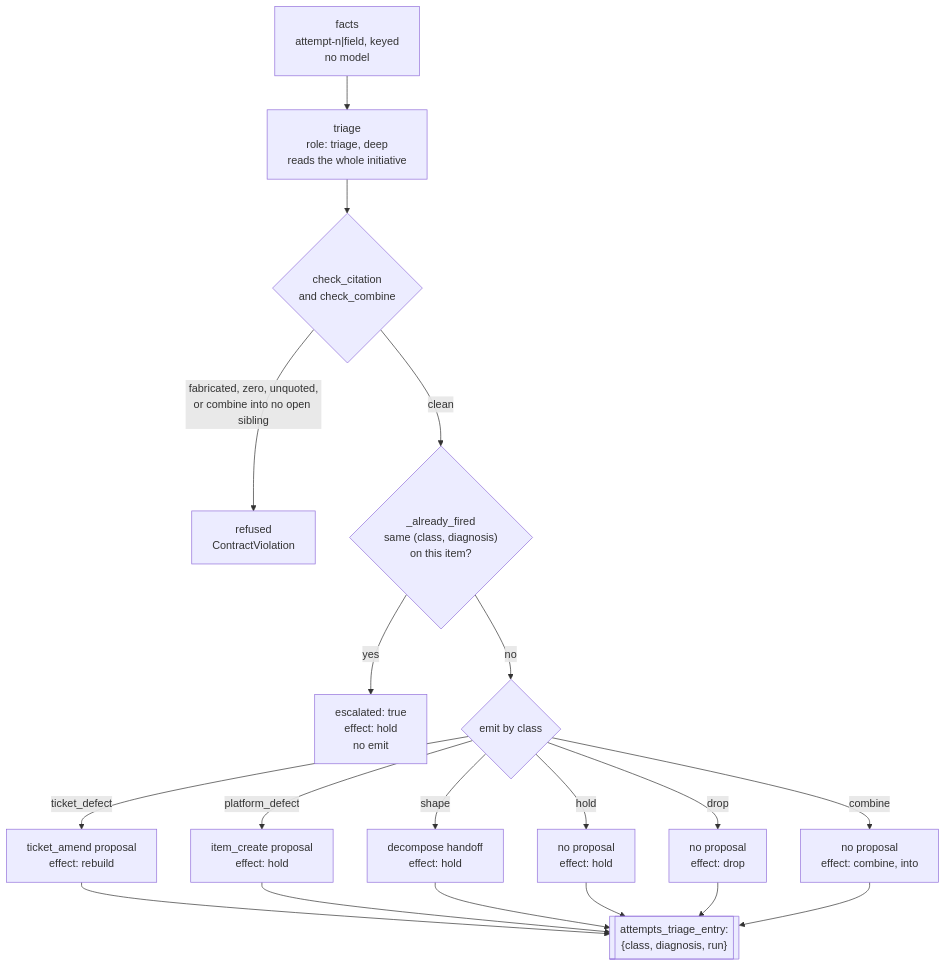
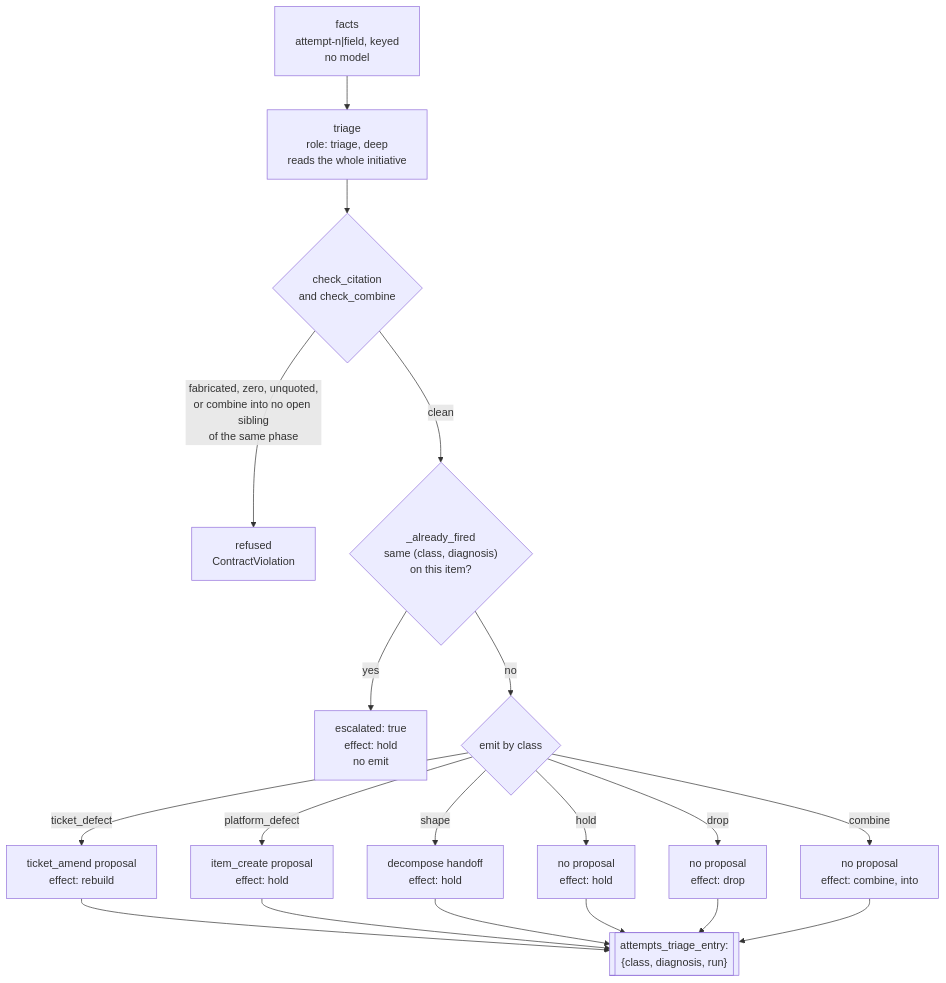
Before and after one commit to ppfenning/coxswain: the diagram in src/graphs/graphs/ops/triage-quarantine.md, drawn with Mermaid. The commit also changed other lines of this file and 13 other files, not shown here.

First line of the commit message:
review fixes: a drop or combine leaves a valid board, combine stays in its phase, a refused move undoes only its mark

````diff
--- a/src/graphs/graphs/ops/triage-quarantine.md
+++ b/src/graphs/graphs/ops/triage-quarantine.md
@@ -19,29 +19,29 @@
 ```mermaid
 flowchart TB
     FACTS["facts<br/>attempt-n|field, keyed<br/>no model"]
     FACTS --> TRIAGE
 
     TRIAGE["triage<br/>role: triage, deep<br/>reads the whole initiative"]
     TRIAGE --> CITE{"check_citation<br/>and check_combine"}
-    CITE -- "fabricated, zero, unquoted,<br/>or combine into no open sibling" --> REFUSE["refused<br/>ContractViolation"]
+    CITE -- "fabricated, zero, unquoted,<br/>or combine into no open sibling<br/>of the same phase" --> REFUSE["refused<br/>ContractViolation"]
     CITE -- "clean" --> FIRED{"_already_fired<br/>same (class, diagnosis)<br/>on this item?"}
 
     FIRED -- "yes" --> ESCALATE["escalated: true<br/>effect: hold<br/>no emit"]
     FIRED -- "no" --> EMIT
 
     EMIT{"emit by class"}
     EMIT -- "ticket_defect" --> TA["ticket_amend proposal<br/>effect: rebuild"]
     EMIT -- "platform_defect" --> IC["item_create proposal<br/>effect: hold"]
     EMIT -- "shape" --> DC["decompose handoff<br/>effect: hold"]
     EMIT -- "hold" --> HO["no proposal<br/>effect: hold"]
     EMIT -- "drop" --> DR["no proposal<br/>effect: drop"]
     EMIT -- "combine" --> CO["no proposal<br/>effect: combine, into"]
 
     TA --> RECORD
     IC --> RECORD
     DC --> RECORD
     HO --> RECORD
     DR --> RECORD
     CO --> RECORD
     RECORD[["attempts_triage_entry:<br/>{class, diagnosis, run}"]]
 ```
````
